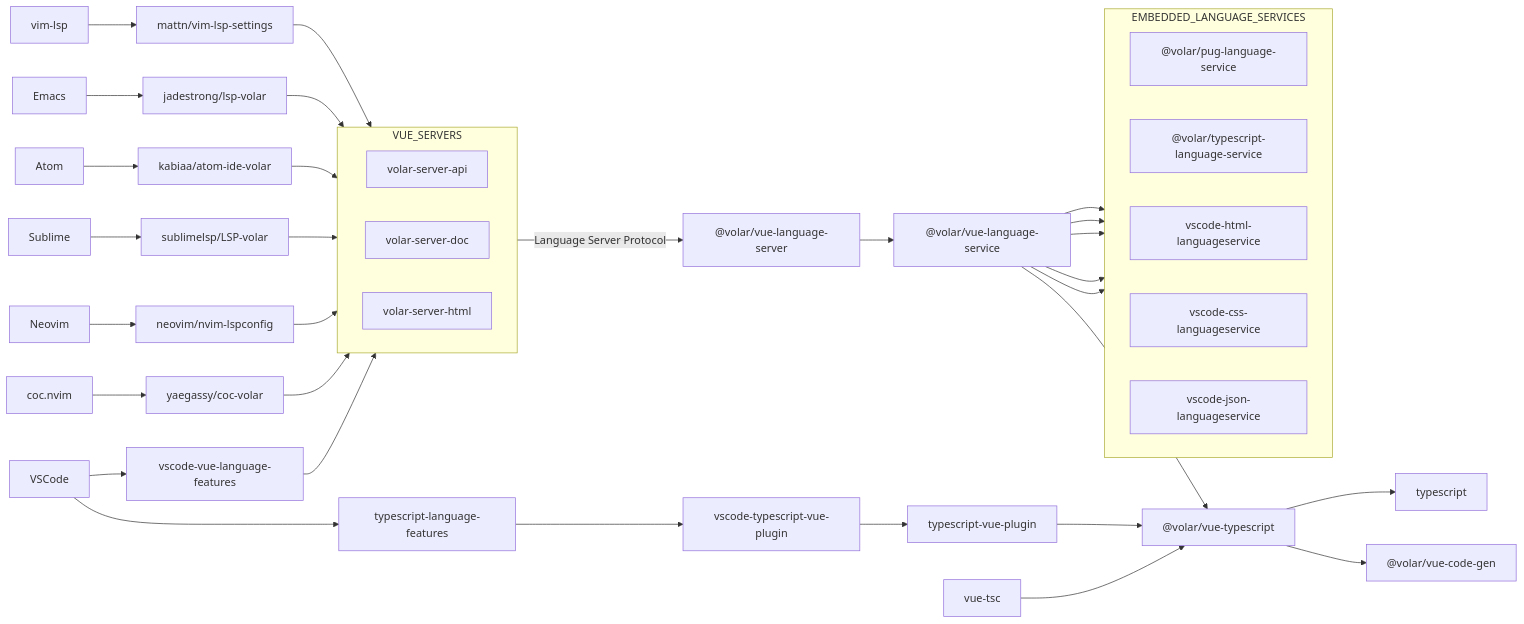
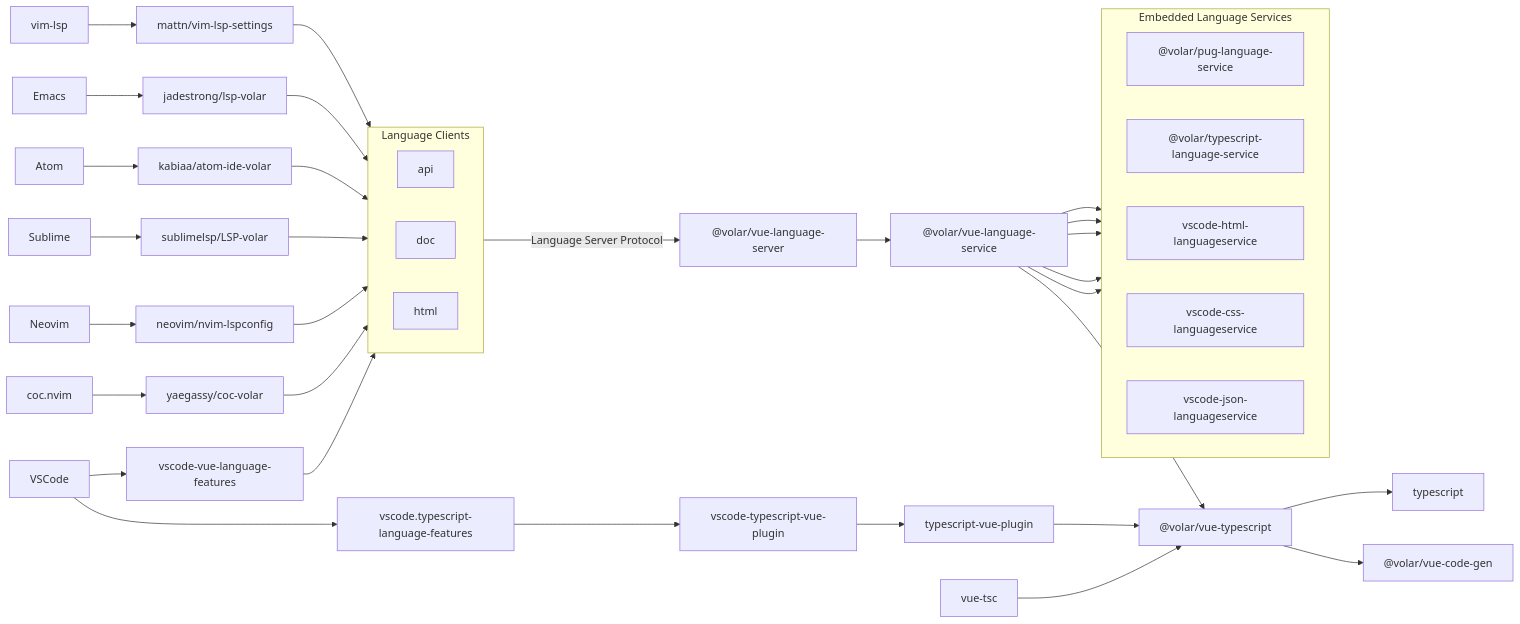
Before and after one commit to vuejs/language-tools: the diagram in README.md, drawn with Mermaid.

Commit message:
doc: adjust mermaid

```diff
--- a/README.md
+++ b/README.md
@@ -43,7 +43,7 @@
     VSC[VSCode]
     COC[coc.nvim]
     NEO[Neovim]
-    VIM_LSP[vim-lsp]
+    VIM[vim-lsp]
     SUBLIME[Sublime]
     ATOM[Atom]
     EMACS[Emacs]
@@ -51,16 +51,11 @@
     %% Language Clients
     COC_VUE[yaegassy/coc-volar]
     NEO_VUE[neovim/nvim-lspconfig]
-    VIM_LSP_VUE[mattn/vim-lsp-settings]
+    VIM_VUE[mattn/vim-lsp-settings]
     SUBLIME_VUE[sublimelsp/LSP-volar]
     ATOM_VUE[kabiaa/atom-ide-volar]
     EMACS_VUE[jadestrong/lsp-volar]
-    VSC_TS[typescript-language-features]
-
-    %% LSP
-    VUE_SERVER_API[volar-server-api]
-    VUE_SERVER_DOC[volar-server-doc]
-    VUE_SERVER_HTML[volar-server-html]
+    VSC_TS[vscode.typescript-language-features]
 
     %% Volar - Extensions
     VSC_VUE[vscode-vue-language-features]
@@ -82,14 +77,14 @@
     JSON_SERVICE[vscode-json-languageservice]
     TS[typescript]
 
-    subgraph VUE_SERVERS
+    subgraph VUE_CLIENTS[Language Clients]
       direction LR
-      VUE_SERVER_API
-      VUE_SERVER_DOC
-      VUE_SERVER_HTML
+      VUE_CLIENT_API[api]
+      VUE_CLIENT_DOC[doc]
+      VUE_CLIENT_HTML[html]
     end
 
-    subgraph EMBEDDED_LANGUAGE_SERVICES
+    subgraph Embedded Language Services
       direction LR
       TS_SERVICE
       PUG_SERVICE
@@ -104,17 +99,17 @@
     SUBLIME --> SUBLIME_VUE
     ATOM --> ATOM_VUE
     EMACS --> EMACS_VUE
-    VIM_LSP --> VIM_LSP_VUE
+    VIM --> VIM_VUE
 
-    VSC_VUE --> VUE_SERVERS
-    COC_VUE --> VUE_SERVERS
-    NEO_VUE --> VUE_SERVERS
-    SUBLIME_VUE --> VUE_SERVERS
-    ATOM_VUE --> VUE_SERVERS
-    EMACS_VUE --> VUE_SERVERS
-    VIM_LSP_VUE --> VUE_SERVERS
+    VSC_VUE --> VUE_CLIENTS
+    COC_VUE --> VUE_CLIENTS
+    NEO_VUE --> VUE_CLIENTS
+    SUBLIME_VUE --> VUE_CLIENTS
+    ATOM_VUE --> VUE_CLIENTS
+    EMACS_VUE --> VUE_CLIENTS
+    VIM_VUE --> VUE_CLIENTS
 
-    VUE_SERVERS -- Language Server Protocol --> VUE_SERVER
+    VUE_CLIENTS -- Language Server Protocol --> VUE_SERVER
 
     VSC --> VSC_TS
     VSC_TS --> VSC_TSVP
```
